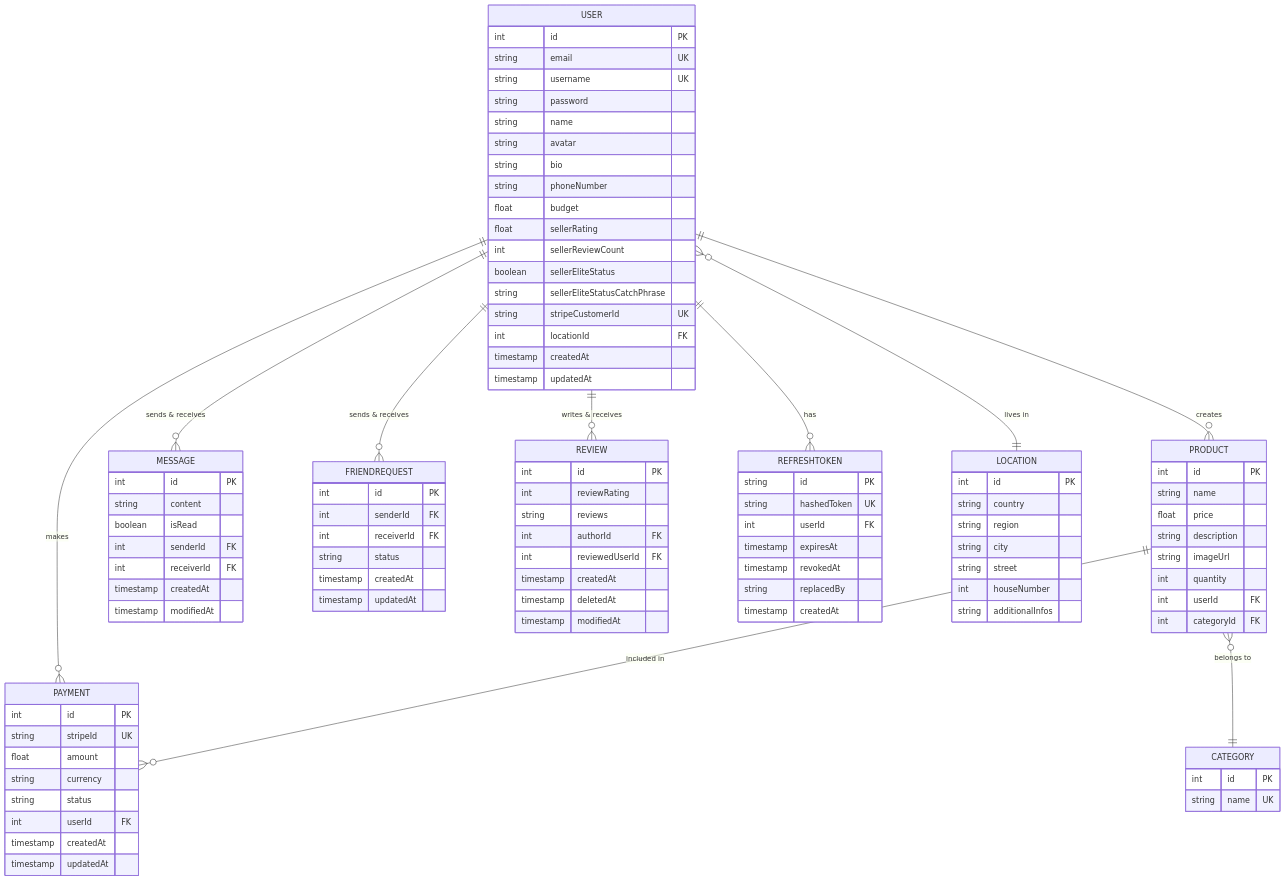
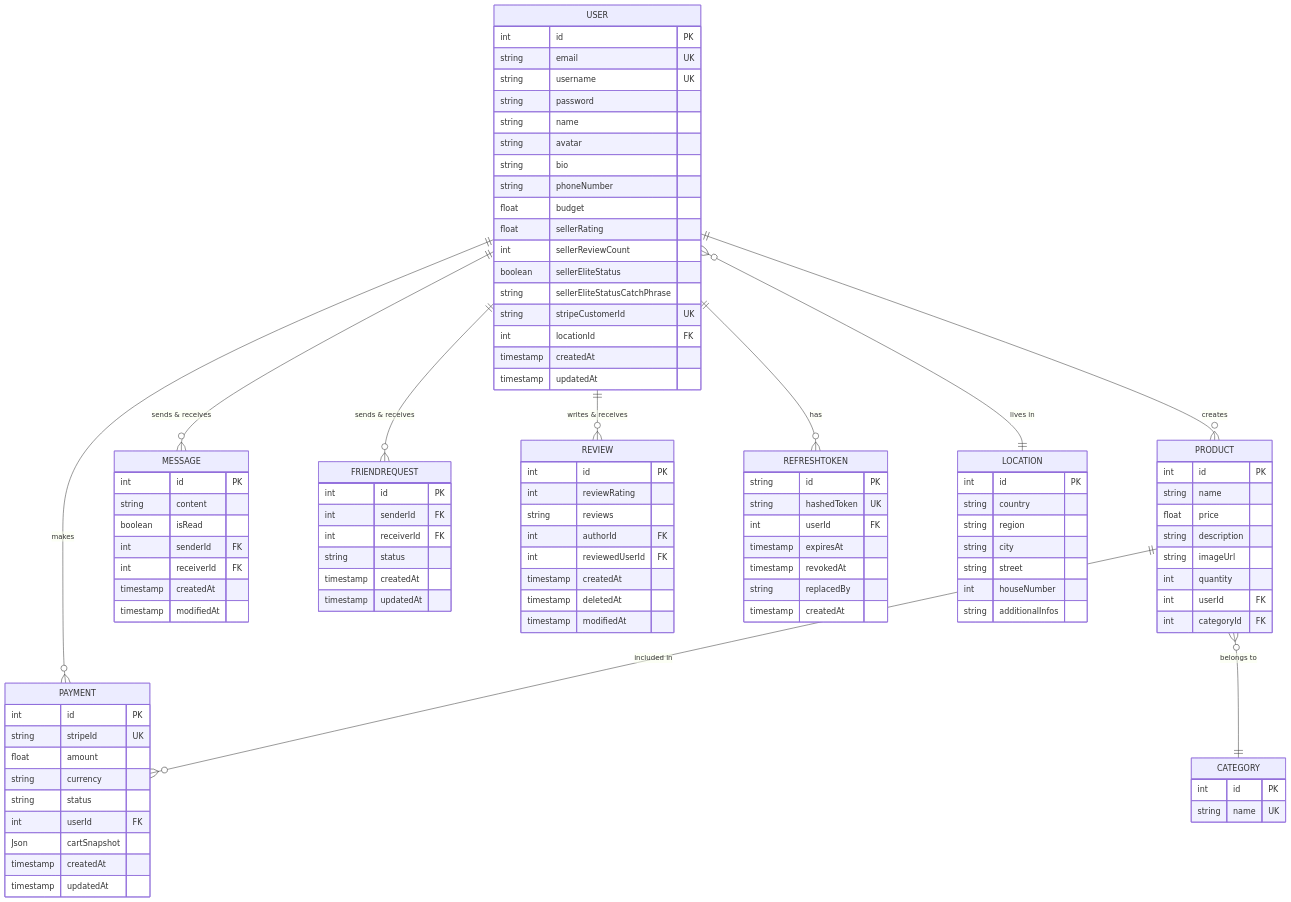
Before and after one commit to TheGoodCorner/TheGoodCorner: the diagram in README.md, drawn with Mermaid. The commit also changed other lines of this file, not shown here.

```diff
--- a/README.md
+++ b/README.md
@@ -248,6 +248,7 @@
         string currency
         string status
         int userId FK
+        Json cartSnapshot
         timestamp createdAt
         timestamp updatedAt
     }
```
